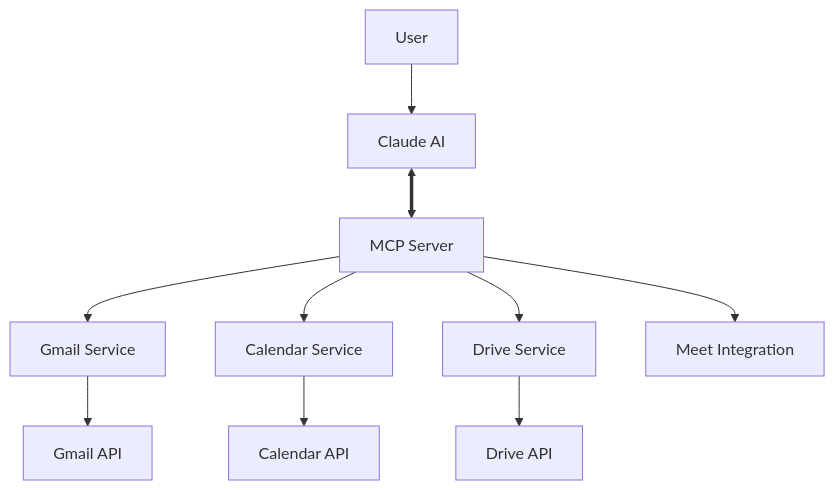
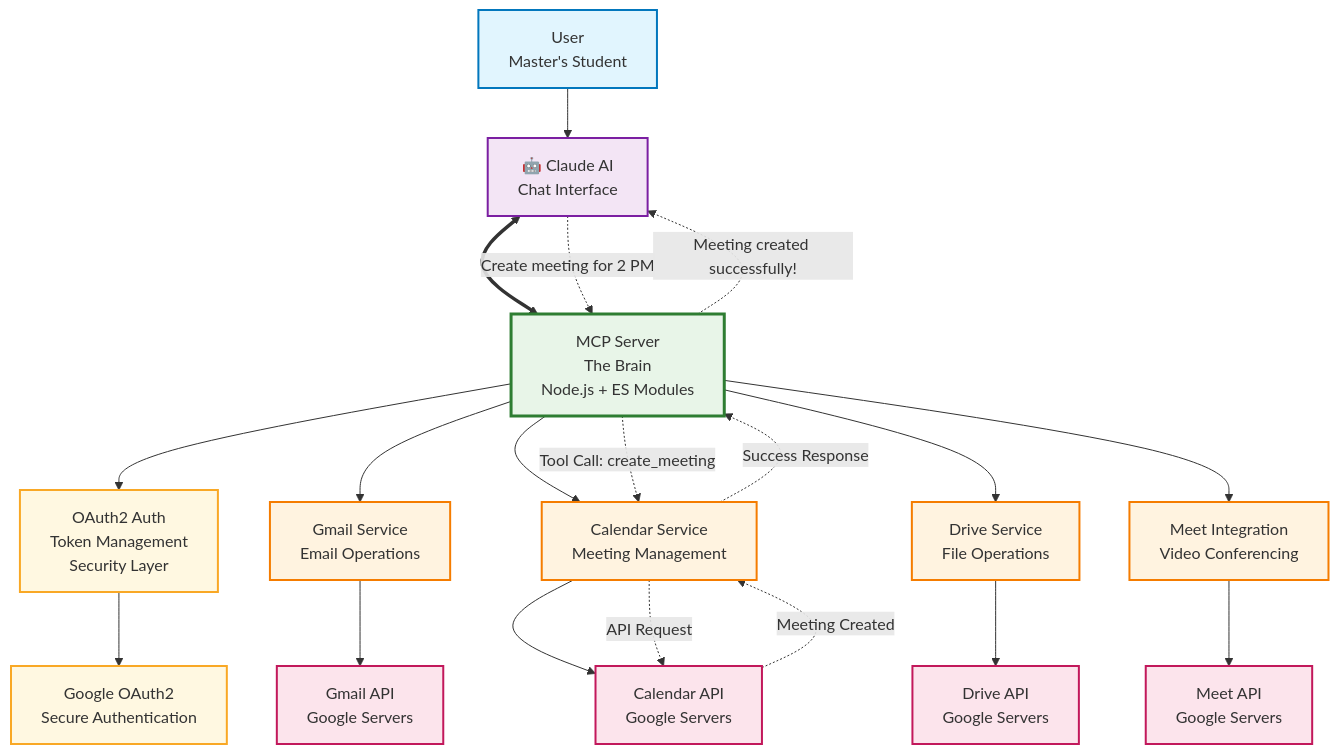
Before and after one commit to SmitPatel-31/gmail-drive-mcp-server: the diagram in README.md, drawn with Mermaid. The commit also changed other lines of this file, not shown here.

````diff
--- a/README.md
+++ b/README.md
@@ -52,13 +52,37 @@
 ```mermaid
+---
+config:
+  theme: default
+---
 graph TB
-    User[User] --> Claude[Claude AI]
-    Claude <==> MCP[MCP Server]
-    MCP --> Gmail[Gmail Service]
-    MCP --> Calendar[Calendar Service] 
-    MCP --> Drive[Drive Service]
-    MCP --> Meet[Meet Integration]
-    
-    Gmail --> GmailAPI[Gmail API]
-    Calendar --> CalendarAPI[Calendar API]
-    Drive --> DriveAPI[Drive API]
+    User[User<br/>Master's Student] --> Claude[🤖 Claude AI<br/>Chat Interface]
+    Claude <==> MCP[MCP Server<br/>The Brain<br/>Node.js + ES Modules]
+    MCP --> Auth[OAuth2 Auth<br/>Token Management<br/>Security Layer]
+    MCP --> Gmail[Gmail Service<br/>Email Operations]
+    MCP --> Calendar[Calendar Service<br/>Meeting Management]
+    MCP --> Drive[Drive Service<br/>File Operations]
+    MCP --> Meet[Meet Integration<br/>Video Conferencing]
+    Auth --> GoogleAuth[Google OAuth2<br/>Secure Authentication]
+    Gmail --> GmailAPI[Gmail API<br/>Google Servers]
+    Calendar --> CalendarAPI[Calendar API<br/>Google Servers]
+    Drive --> DriveAPI[Drive API<br/>Google Servers]
+    Meet --> MeetAPI[Meet API<br/>Google Servers]
+    Claude -.->|"Create meeting for 2 PM"| MCP
+    MCP -.->|"Tool Call: create_meeting"| Calendar
+    Calendar -.->|"API Request"| CalendarAPI
+    CalendarAPI -.->|"Meeting Created"| Calendar
+    Calendar -.->|"Success Response"| MCP
+    MCP -.->|"Meeting created successfully!"| Claude
+    classDef userStyle fill:#e1f5fe,stroke:#0277bd,stroke-width:2px
+    classDef claudeStyle fill:#f3e5f5,stroke:#7b1fa2,stroke-width:2px
+    classDef mcpStyle fill:#e8f5e8,stroke:#2e7d32,stroke-width:3px
+    classDef serviceStyle fill:#fff3e0,stroke:#f57c00,stroke-width:2px
+    classDef apiStyle fill:#fce4ec,stroke:#c2185b,stroke-width:2px
+    classDef authStyle fill:#fff8e1,stroke:#f9a825,stroke-width:2px
+    class User userStyle
+    class Claude claudeStyle
+    class MCP mcpStyle
+    class Gmail,Calendar,Drive,Meet serviceStyle
+    class GmailAPI,CalendarAPI,DriveAPI,MeetAPI apiStyle
+    class Auth,GoogleAuth authStyle
 ```
````
